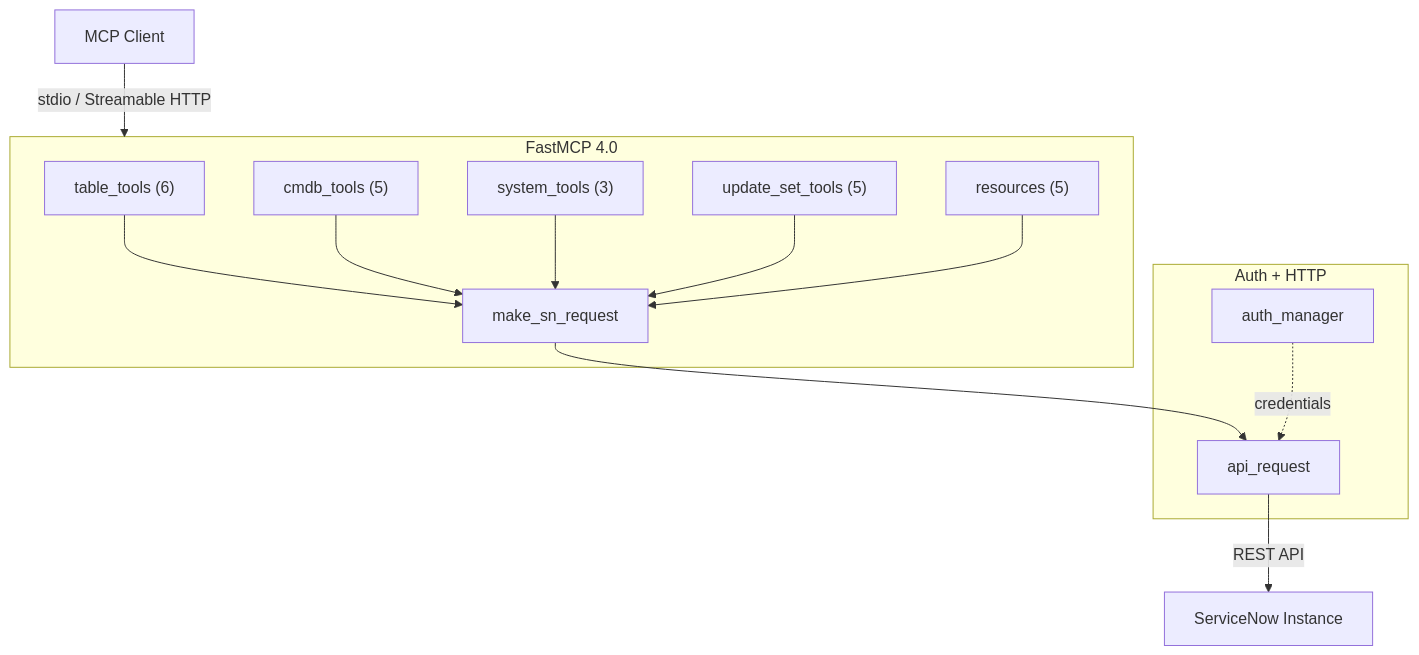
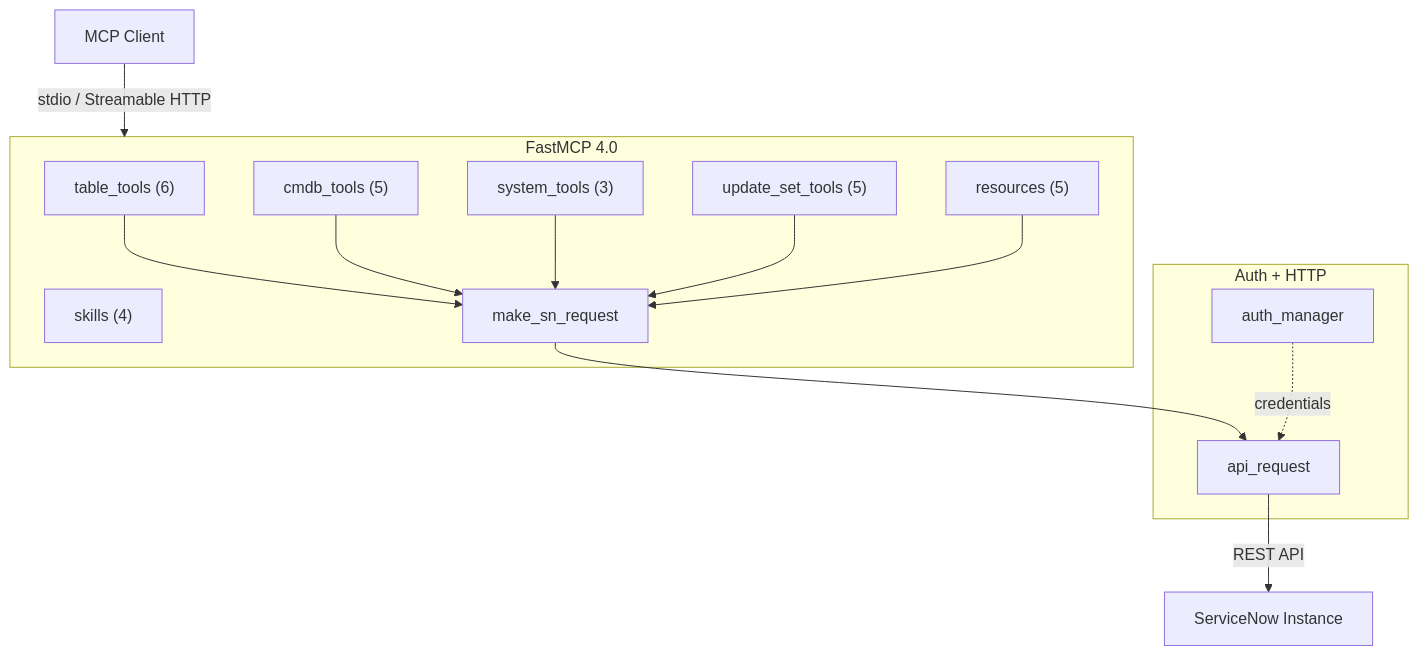
Before and after one commit to jschuller/mcp-server-servicenow: the diagram in README.md, drawn with Mermaid. The commit also changed other lines of this file and 30 other files, not shown here.

````diff
--- a/README.md
+++ b/README.md
@@ -196,27 +219,28 @@
 ```mermaid
 graph TD
     CC["MCP Client"]
     subgraph SERVER["FastMCP 4.0"]
         TT["table_tools (6)"]
         CT["cmdb_tools (5)"]
         ST["system_tools (3)"]
         UT["update_set_tools (5)"]
         RS["resources (5)"]
+        SK["skills (4)"]
         SNR["make_sn_request"]
     end
     subgraph AUTH["Auth + HTTP"]
         AM["auth_manager"]
         AR["api_request"]
     end
     SN["ServiceNow Instance"]
 
     CC -->|"stdio / Streamable HTTP"| SERVER
     TT --> SNR
     CT --> SNR
     ST --> SNR
     UT --> SNR
     RS --> SNR
     SNR --> AR
     AM -.->|"credentials"| AR
     AR -->|"REST API"| SN
 ```
````
